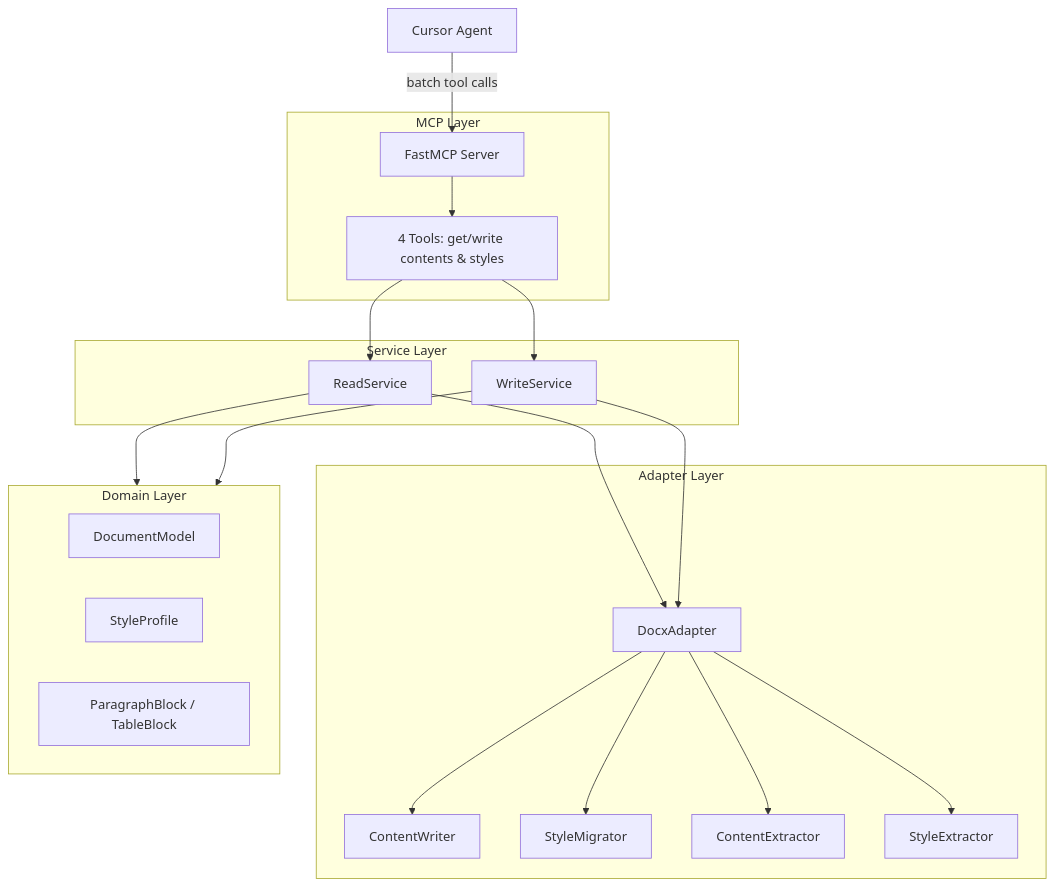
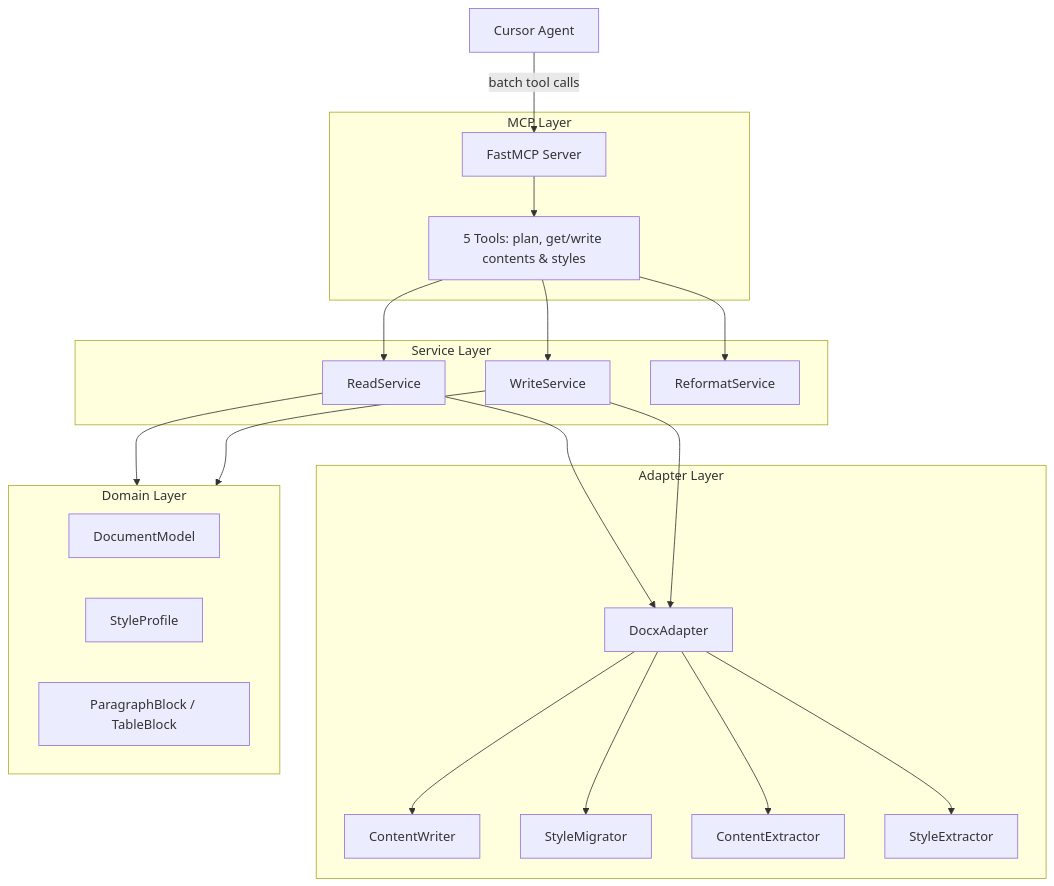
The diagram in AGENTS.md (gossipauthorxpm/docs-mcp), drawn with Mermaid before and after one commit. The commit also changed other lines of this file and 30 other files, not shown here.

Commit message:
feat(services): add plan_reformat_docx tool and enhance write methods

````diff
--- a/AGENTS.md
+++ b/AGENTS.md
@@ -7,39 +7,41 @@
 ```mermaid
 flowchart TB
   subgraph mcpLayer [MCP Layer]
     Server[FastMCP Server]
-    Tools["4 Tools: get/write contents & styles"]
+    Tools["5 Tools: plan, get/write contents & styles"]
   end
 
   subgraph serviceLayer [Service Layer]
     ReadSvc[ReadService]
     WriteSvc[WriteService]
+    ReformatSvc[ReformatService]
   end
 
   subgraph adapterLayer [Adapter Layer]
     DocxAdapter[DocxAdapter]
     ContentWriter[ContentWriter]
     StyleMigrator[StyleMigrator]
     ContentExtractor[ContentExtractor]
     StyleExtractor[StyleExtractor]
   end
 
   subgraph domainLayer [Domain Layer]
     DocModel[DocumentModel]
     StyleProfile[StyleProfile]
     BlockModel[ParagraphBlock / TableBlock]
   end
 
   Agent[Cursor Agent] -->|batch tool calls| Server
   Server --> Tools
   Tools --> ReadSvc
   Tools --> WriteSvc
+  Tools --> ReformatSvc
   ReadSvc --> DocxAdapter
   WriteSvc --> DocxAdapter
   DocxAdapter --> ContentExtractor
   DocxAdapter --> StyleExtractor
   DocxAdapter --> ContentWriter
   DocxAdapter --> StyleMigrator
   ReadSvc --> domainLayer
   WriteSvc --> domainLayer
 ```
````
